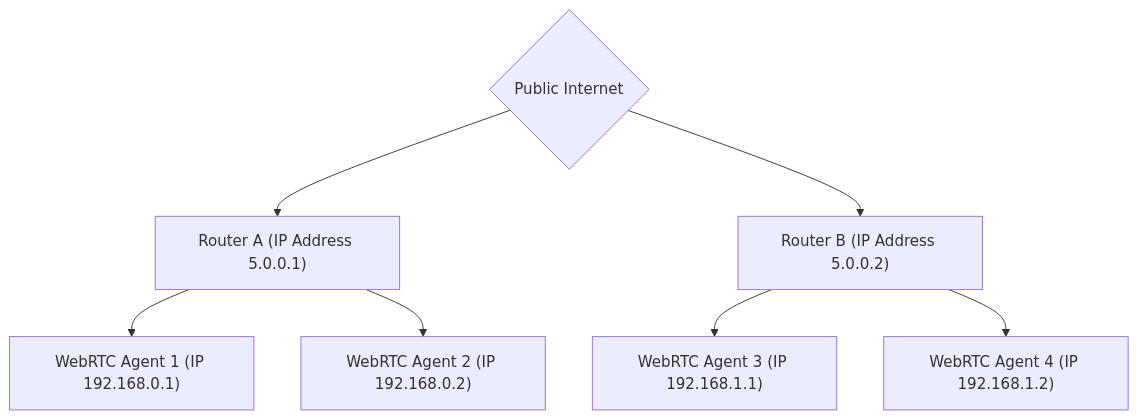
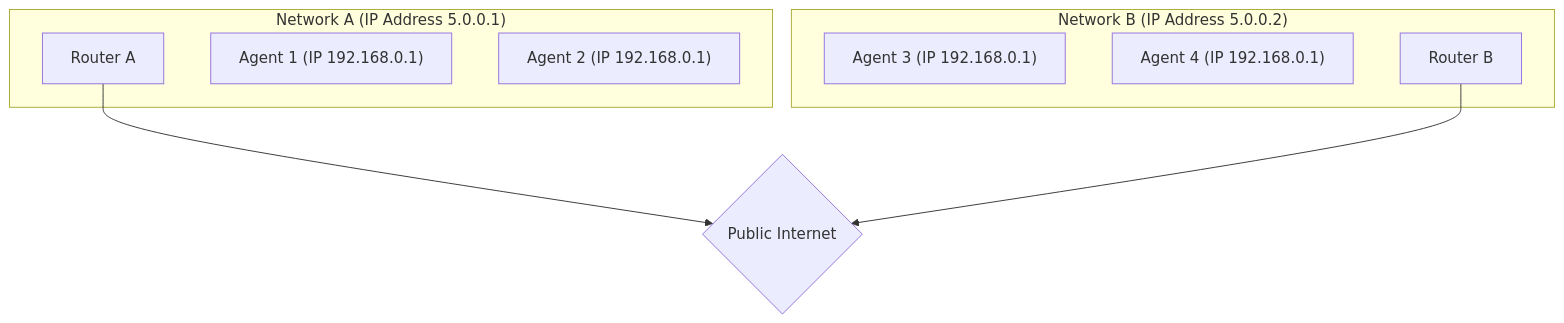
The first of 2 diagrams in content/docs/03-connecting.md (webrtc-for-the-curious/webrtc-for-the-curious), drawn with Mermaid before and after one commit. The commit also changed other lines of this file, not shown here.

First line of the commit message:
Use subgraphs for network topologies

```diff
--- a/content/docs/03-connecting.md
+++ b/content/docs/03-connecting.md
@@ -45,11 +43,19 @@
 {{<mermaid>}}
-graph TD
-  A{Public Internet}
-  A --> B["Router A (IP Address 5.0.0.1)"]
-		B --> E["WebRTC Agent 1 (IP 192.168.0.1)"]
-		B --> F["WebRTC Agent 2 (IP 192.168.0.2)"]
+graph TB
+subgraph netb ["Network B (IP Address 5.0.0.2)"]
+  b3["Agent 3 (IP 192.168.0.1)"]
+  b4["Agent 4 (IP 192.168.0.1)"]
+  routerb["Router B"]
+  end
 
-  A --> C["Router B (IP Address 5.0.0.2)"]
-		C --> G["WebRTC Agent 3 (IP 192.168.1.1)"]
-		C --> H["WebRTC Agent 4 (IP 192.168.1.2)"]
+subgraph neta ["Network A (IP Address 5.0.0.1)"]
+  routera["Router A"]
+  a1["Agent 1 (IP 192.168.0.1)"]
+  a2["Agent 2 (IP 192.168.0.1)"]
+  end
+
+pub{Public Internet}
+routera-->pub
+routerb-->pub
+
 {{< /mermaid >}}
```
